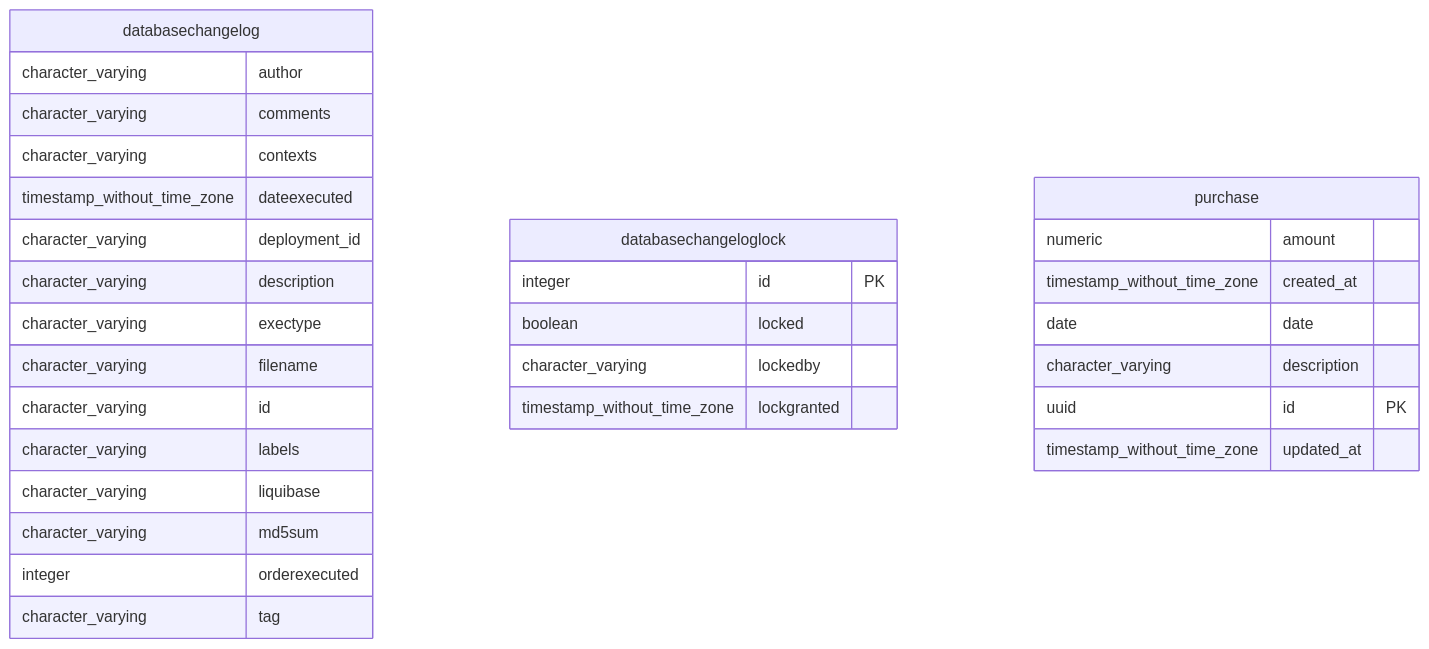
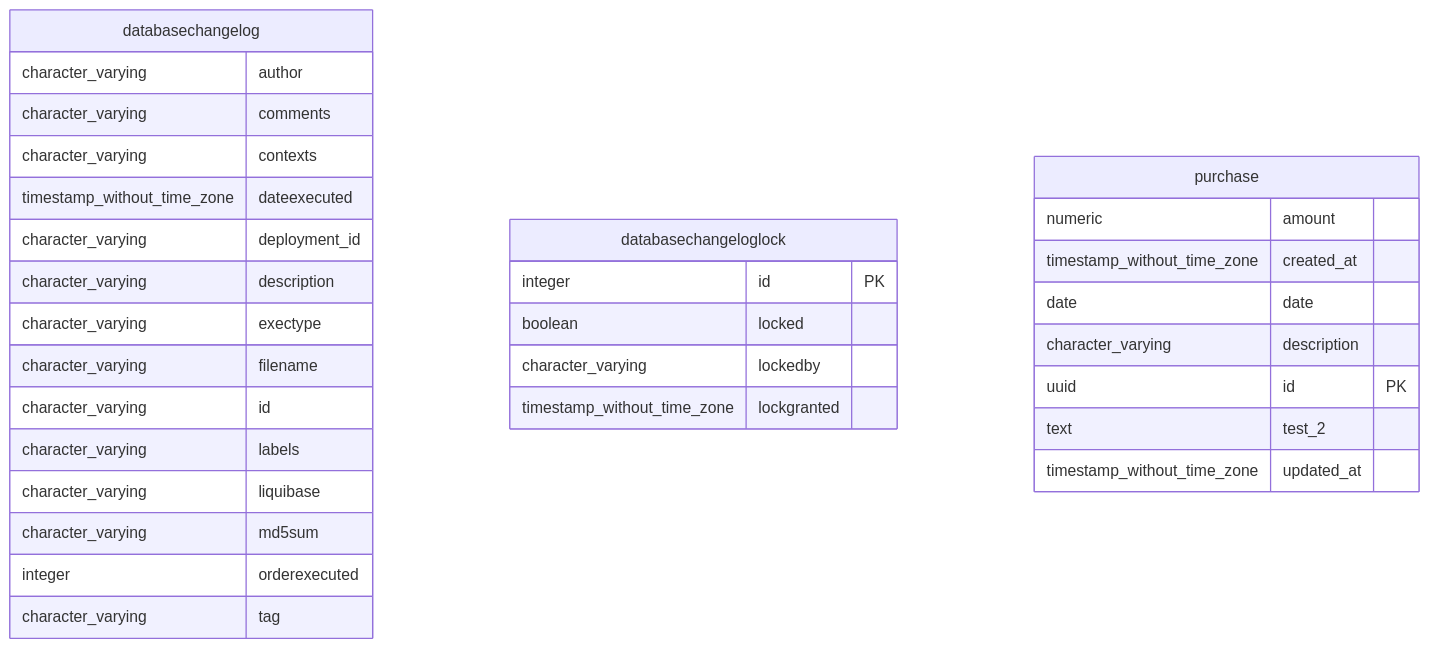
The diagram in database-diagram.mmd (waazeved/tx-purchase), drawn with Mermaid before and after one commit. The commit also changed 2 other files, not shown here.

Commit message:
Test automatic identification of changes in migrations files

```diff
--- a/database-diagram.mmd
+++ b/database-diagram.mmd
@@ -1,33 +1,34 @@
 erDiagram
     databasechangelog {
         character_varying author 
         character_varying comments 
         character_varying contexts 
         timestamp_without_time_zone dateexecuted 
         character_varying deployment_id 
         character_varying description 
         character_varying exectype 
         character_varying filename 
         character_varying id 
         character_varying labels 
         character_varying liquibase 
         character_varying md5sum 
         integer orderexecuted 
         character_varying tag 
     }
 
     databasechangeloglock {
         integer id PK 
         boolean locked 
         character_varying lockedby 
         timestamp_without_time_zone lockgranted 
     }
 
     purchase {
         numeric amount 
         timestamp_without_time_zone created_at 
         date date 
         character_varying description 
         uuid id PK 
+        text test_2 
         timestamp_without_time_zone updated_at 
     }
```
